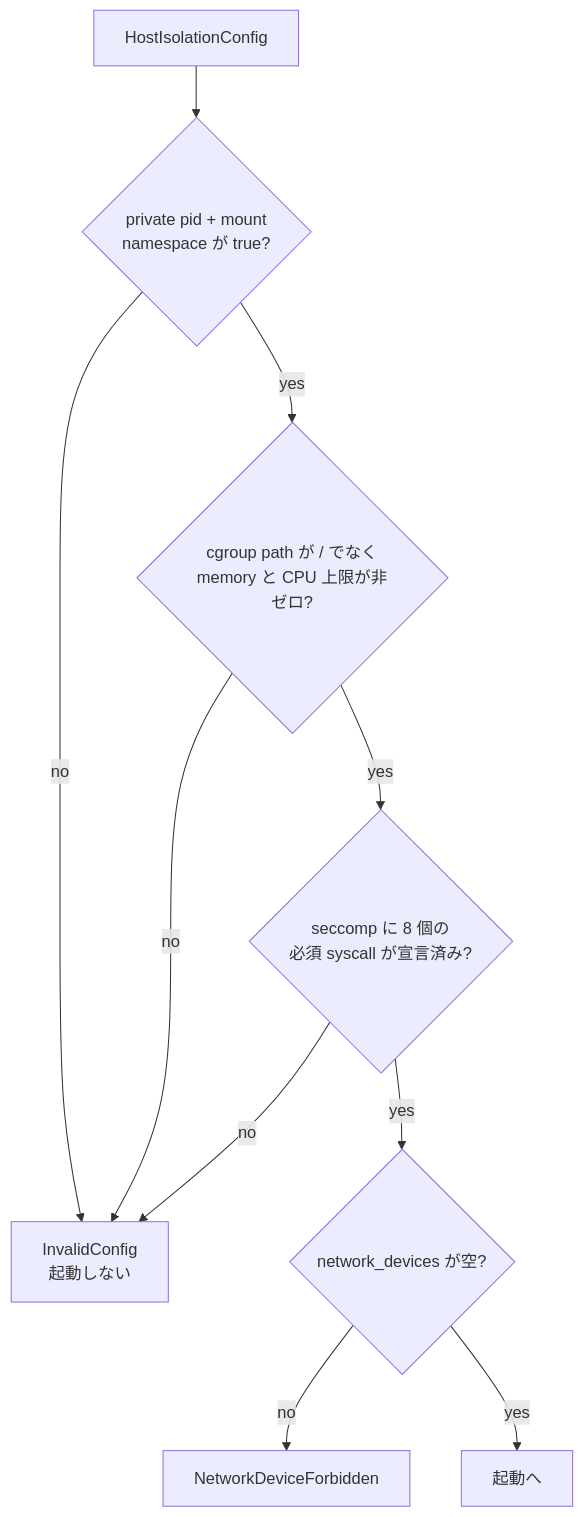
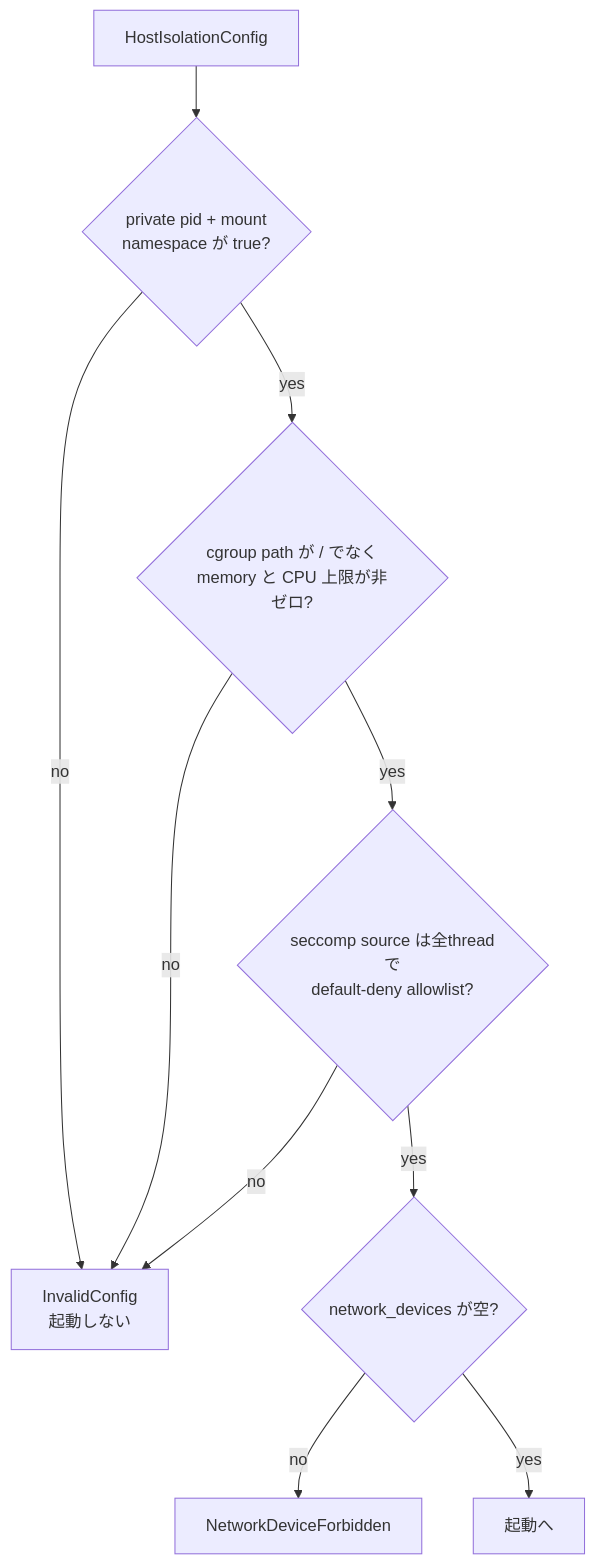
The diagram in docs/firecracker-runtime/host-isolation.md (Aqua-218/SecCamp-AIAgent), drawn with Mermaid before and after one commit. The commit also changed other lines of this file, not shown here.

First line of the commit message:
docs(firecracker-runtime): replace the deny-declaration section with the real check

````diff
--- a/docs/firecracker-runtime/host-isolation.md
+++ b/docs/firecracker-runtime/host-isolation.md
@@ -17,12 +17,12 @@
 ```mermaid
 flowchart TB
     cfg["HostIsolationConfig"] --> ns{"private pid + mount<br/>namespace が true?"}
     ns -->|no| deny["InvalidConfig<br/>起動しない"]
     ns -->|yes| cg{"cgroup path が / でなく<br/>memory と CPU 上限が非ゼロ?"}
     cg -->|no| deny
-    cg -->|yes| sec{"seccomp に 8 個の<br/>必須 syscall が宣言済み?"}
+    cg -->|yes| sec{"seccomp source は全threadで<br/>default-deny allowlist?"}
     sec -->|no| deny
     sec -->|yes| net{"network_devices が空?"}
     net -->|no| forbidden["NetworkDeviceForbidden"]
     net -->|yes| ok["起動へ"]
 ```
````
